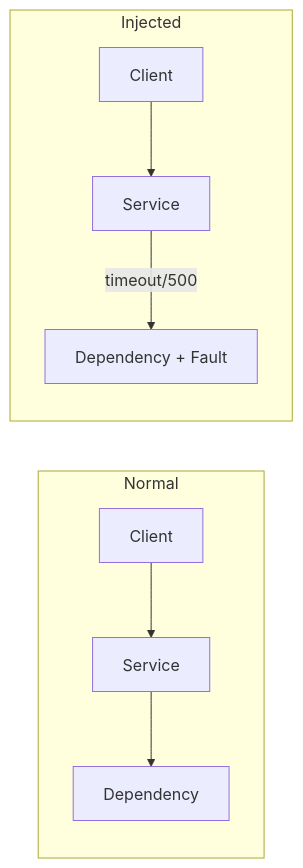
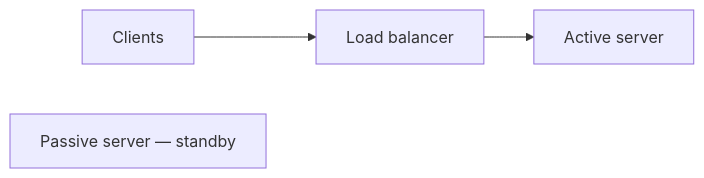
One commit to hareramcse/SystemDesign changed diagram 17 of 34 in 12-reliability-engineering/README.md. Above: the diagram before and after it, drawn with Mermaid. The commit also changed other lines of this file and 1 other file, not shown here.

````diff
--- a/12-reliability-engineering/README.md
+++ b/12-reliability-engineering/README.md
@@ -1166,11 +564,6 @@
 ```mermaid
 flowchart LR
-    subgraph Normal
-        C[Client] --> S[Service]
-        S --> D[Dependency]
-    end
-    subgraph Injected
-        C2[Client] --> S2[Service]
-        S2 -->|timeout/500| D2[Dependency + Fault]
-    end
+    Clients[Clients] --> LB[Load balancer]
+    LB --> Active[Active server]
+    Passive[Passive server — standby]
 ```
````
